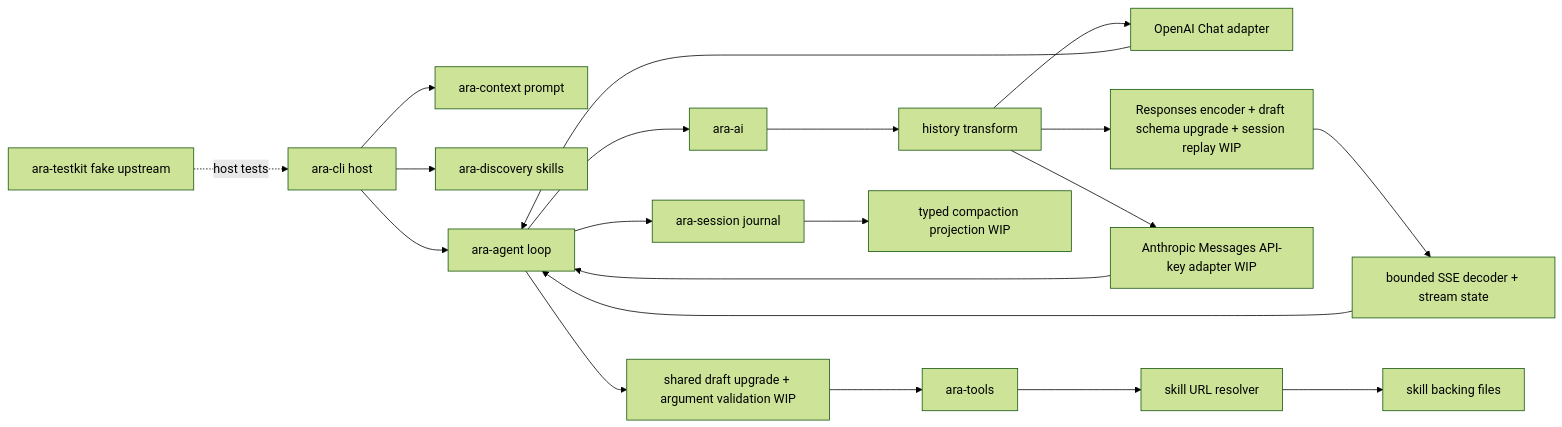
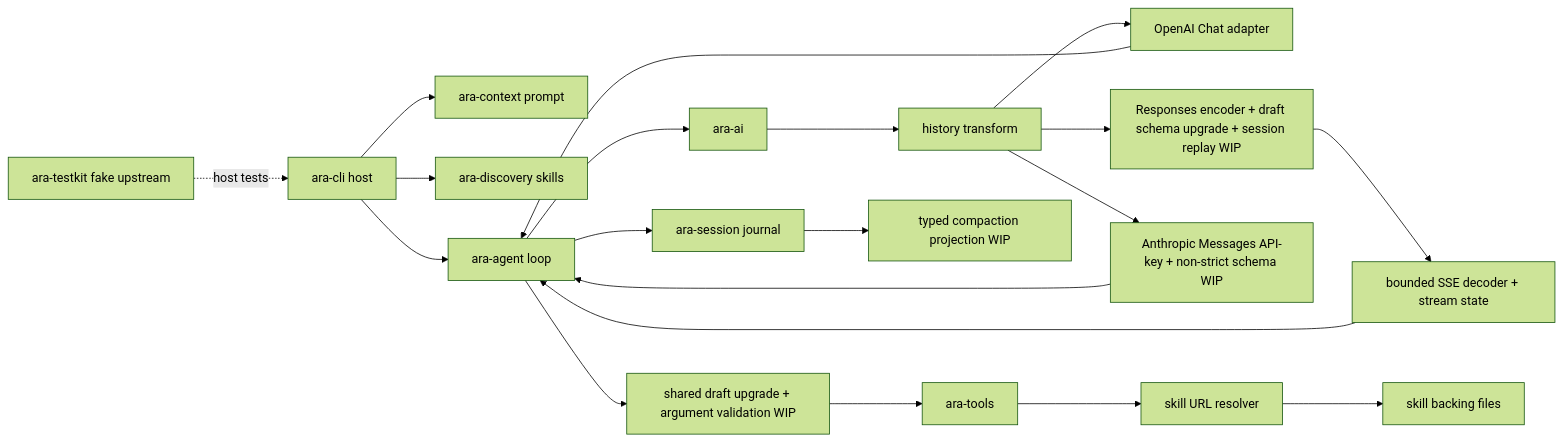
The diagram in docs/handoffs/2026-09-27.md (ZZray/ara), drawn with Mermaid (forest theme) before and after one commit. The commit also changed other lines of this file and 2 other files, not shown here.

Commit message:
Document Anthropic tool schema WIP verification

````diff
--- a/docs/handoffs/2026-09-27.md
+++ b/docs/handoffs/2026-09-27.md
@@ -112,22 +114,22 @@
 ```mermaid
 flowchart LR
     CLI[ara-cli host] --> CTX[ara-context prompt]
     CLI --> DISC[ara-discovery skills]
     CLI --> AGT[ara-agent loop]
     AGT --> AI[ara-ai]
     AI --> XFORM[history transform]
     XFORM --> PROVIDER[OpenAI Chat adapter]
     PROVIDER --> AGT
     XFORM --> RESP[Responses encoder + draft schema upgrade + session replay WIP]
-    XFORM --> ANTH[Anthropic Messages API-key adapter WIP]
+    XFORM --> ANTH[Anthropic Messages API-key + non-strict schema WIP]
     ANTH --> AGT
     RESP --> SSE[bounded SSE decoder + stream state]
     SSE --> AGT
     AGT --> VALID[shared draft upgrade + argument validation WIP]
     VALID --> TOOLS[ara-tools]
     TOOLS --> URL[skill URL resolver]
     URL --> FS[skill backing files]
     AGT --> SES[ara-session journal]
     SES --> PROJ[typed compaction projection WIP]
     TK[ara-testkit fake upstream] -. host tests .-> CLI
 ```
````
